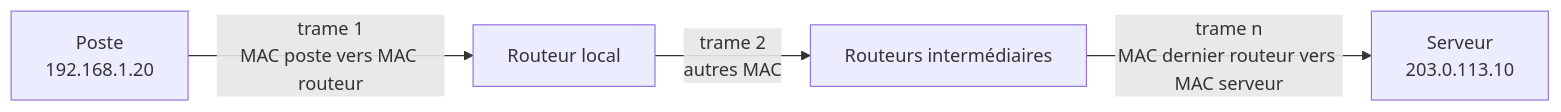
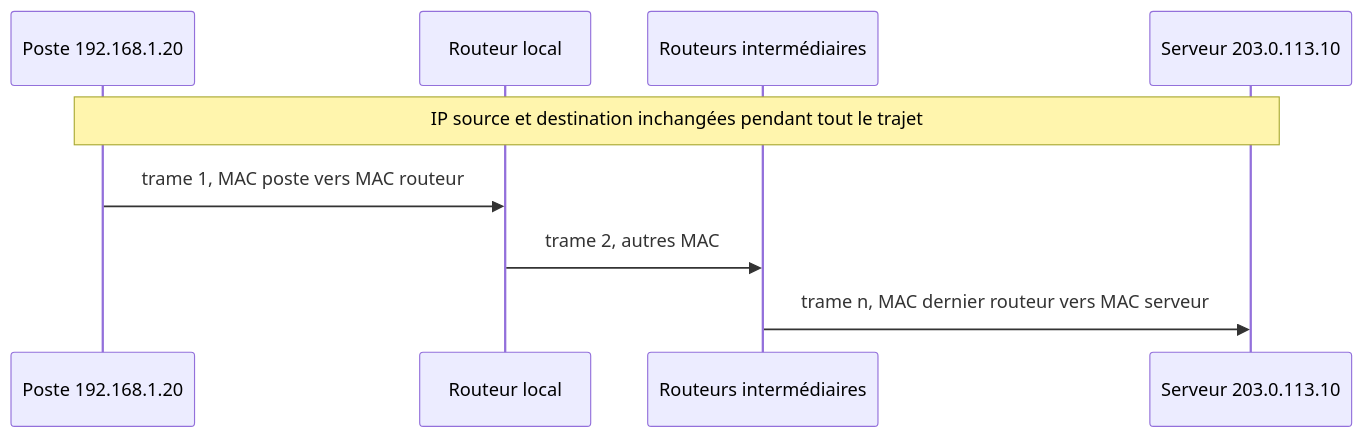
One commit to Gooseppr/GevOps_LC changed the third of 3 diagrams in courses/reseaux-cybersecurite/02_modeles_osi_tcp_ip.md. Above: the diagram before and after it, drawn with Mermaid. The commit also changed 7 other files, not shown here.

````diff
--- a/courses/reseaux-cybersecurite/02_modeles_osi_tcp_ip.md
+++ b/courses/reseaux-cybersecurite/02_modeles_osi_tcp_ip.md
@@ -215,6 +215,11 @@
 ```mermaid
-flowchart LR
-    C[Poste<br/>192.168.1.20] -->|trame 1<br/>MAC poste vers MAC routeur| R1[Routeur local]
-    R1 -->|trame 2<br/>autres MAC| R2[Routeurs intermédiaires]
-    R2 -->|trame n<br/>MAC dernier routeur vers MAC serveur| S[Serveur<br/>203.0.113.10]
+sequenceDiagram
+    participant C as Poste 192.168.1.20
+    participant R1 as Routeur local
+    participant R2 as Routeurs intermédiaires
+    participant S as Serveur 203.0.113.10
+    Note over C,S: IP source et destination inchangées pendant tout le trajet
+    C->>R1: trame 1, MAC poste vers MAC routeur
+    R1->>R2: trame 2, autres MAC
+    R2->>S: trame n, MAC dernier routeur vers MAC serveur
 ```
````
